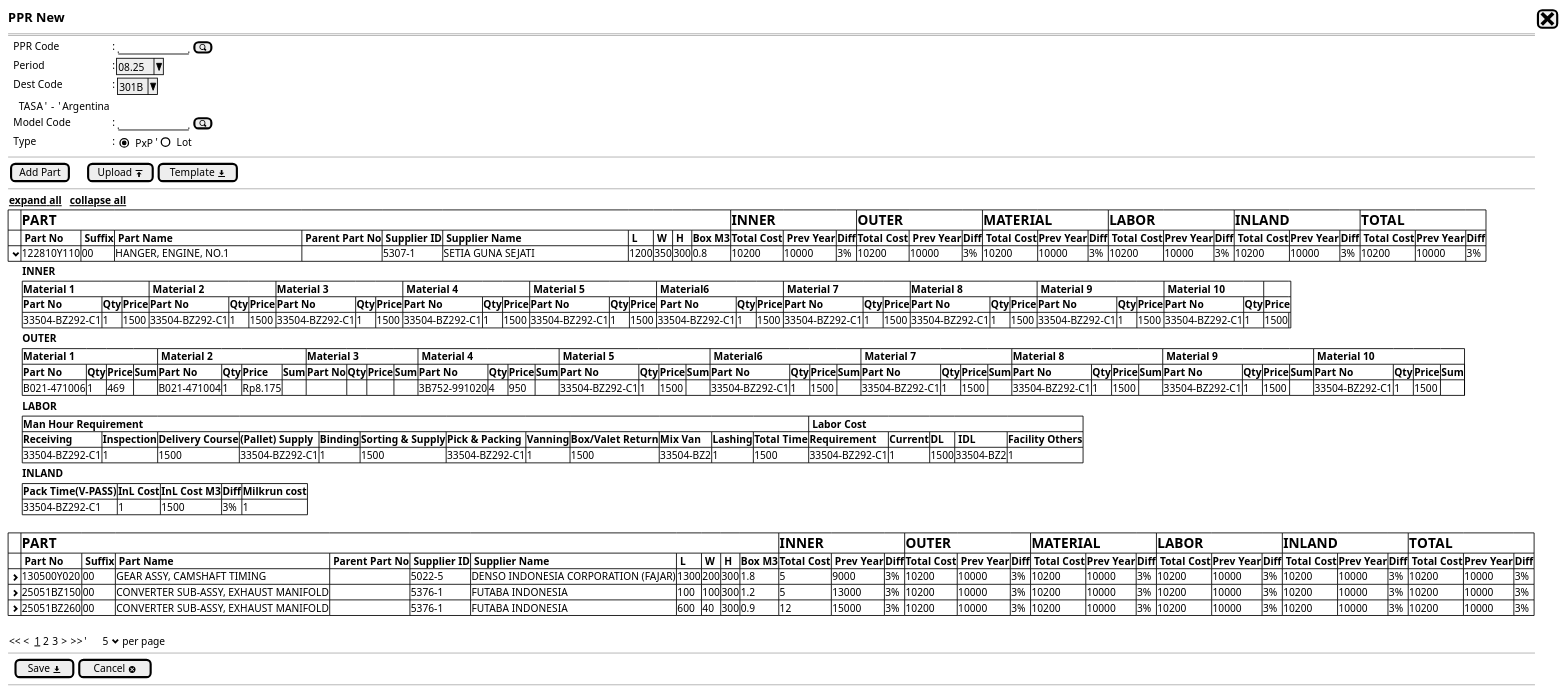
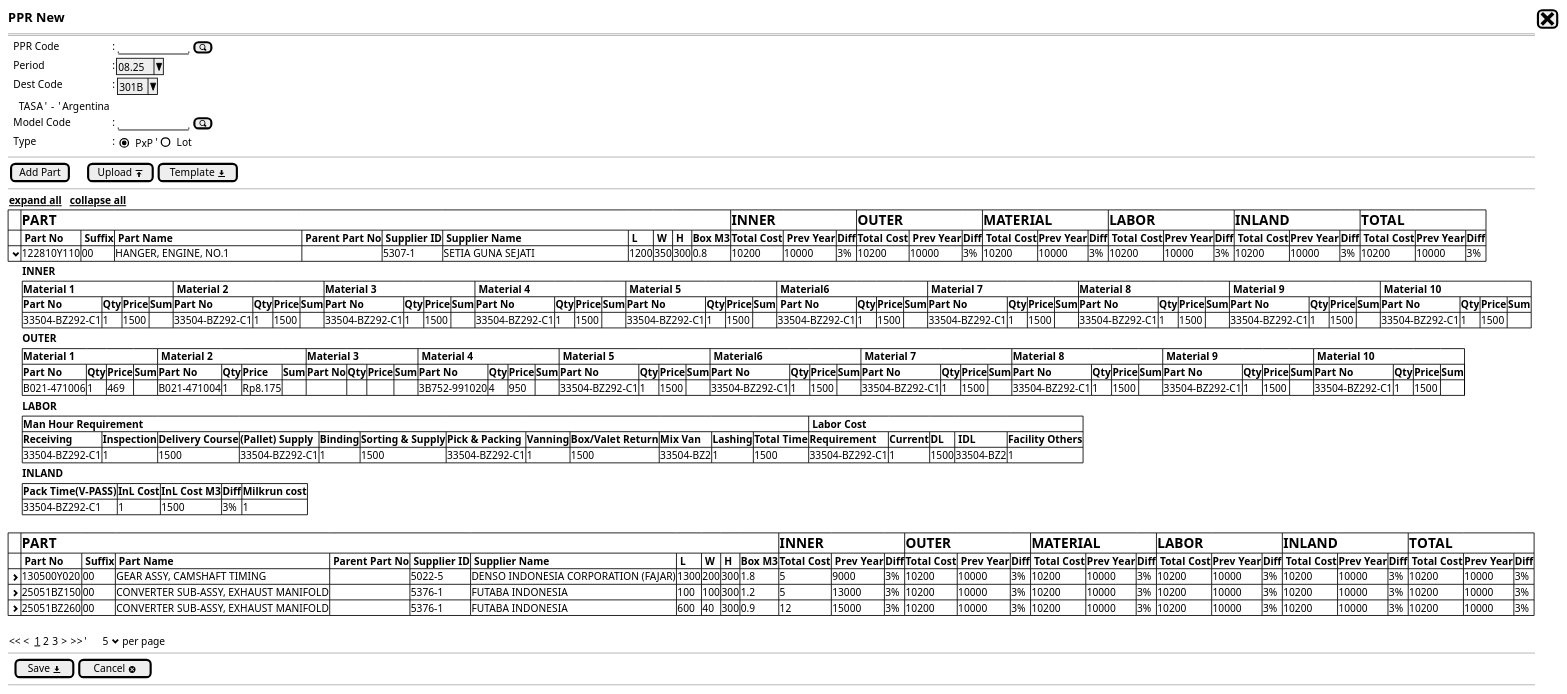
Before and after one commit to ari-fikri/packing-cost-mockup: the diagram in PPR/PPR - newstep1b.puml, drawn with PlantUML. The commit also changed 1 other file, not shown here.

Commit message:
- add alignment - add sum field to outer section

```diff
--- a/PPR/PPR - newstep1b.puml
+++ b/PPR/PPR - newstep1b.puml
@@ -1,77 +1,77 @@
 @startsalt
 {
   <size:15><b>PPR New|[<size:25><&x>]|*
   ==
   {
     .|PPR Code          |: {|"          "|[<&magnifying-glass>]|}*
     .|Period            |: |^08.25^|*    
     .|Dest Code         |: {|^301B^| }*
       .|{
       .| TASA |' -  '| Argentina | *
       }
     .|Model Code        |: {"          "|[<&magnifying-glass>]|}*
     .|Type              |: {|    {(X)PxP}        '|   ()Lot}
   }
   --
   {
     |[Add Part] |.|.|.|[Upload <&data-transfer-upload>]| [Template <&data-transfer-download>]|* 
   }
   --
   { <u><b>expand all   <u><b>collapse all }*
   {#
   |. |=PART|*|*|*|*|*|*|*|*|*|=INNER |*|*|=OUTER | *|*|=MATERIAL|*|*|=LABOR|*|*|=INLAND|*|*|=TOTAL         |*|*|*
   |. |<b> Part No                      |<b> Suffix|<b> Part Name                                  | <b> Parent Part No |<b> Supplier ID |<b> Supplier Name                                    |<b> L |<b> W |<b> H |<b>Box M3|<b>Total Cost|<b> Prev Year|<b>Diff|<b>Total Cost|<b> Prev Year|<b>Diff|<b> Total Cost |<b>Prev Year |<b>Diff|<b> Total Cost |<b>Prev Year |<b>Diff|<b> Total Cost |<b>Prev Year |<b>Diff|<b> Total Cost |<b>Prev Year |<b>Diff|*
   |<b> <&chevron-bottom> |122810Y110   | 00       |HANGER, ENGINE, NO.1                           |            .       |5307-1          | SETIA GUNA SEJATI                                   | 1200 | 350  | 300  | 0.8  | 10200       | 10000       | 3%| 10200       | 10000       | 3%| 10200       | 10000       | 3%| 10200       | 10000       | 3%| 10200       | 10000       | 3%| 10200       | 10000       | 3%|*
   }* 
         {.|.|.|<b>INNER |}*  
         {
           .|.|.|{#
-            |<b>Material 1               |*|*|<b> Material 2                |*|*|<b>Material 3             |*|*|<b> Material 4                  |*|*| <b> Material 5              |*|*|<b> Material6               |*|*|<b> Material 7          |*|*| <b>Material 8          |*|*|<b> Material 9          |*|*|<b> Material 10 |*|*
-            |<b>Part No     |<b>Qty|<b>Price  |<b>Part No|<b>Qty|<b>Price        |<b>Part No|<b>Qty|<b>Price        |<b>Part No|<b>Qty|<b>Price          | <b>Part No|<b>Qty|<b>Price  |<b> <b>Part No|<b>Qty|<b>Price  |<b>Part No|<b>Qty|<b>Price  |<b>Part No|<b>Qty|<b>Price  |<b>Part No|<b>Qty|<b>Price  |<b>Part No|<b>Qty|<b>Price  |*|*
-            |33504-BZ292-C1 |1     | 1500     |33504-BZ292-C1 |1     | 1500      |33504-BZ292-C1 |1     | 1500      |33504-BZ292-C1 |1     | 1500        |33504-BZ292-C1 |1     | 1500 |33504-BZ292-C1 |1     | 1500    |33504-BZ292-C1 |1     | 1500|33504-BZ292-C1 |1     | 1500|33504-BZ292-C1 |1     | 1500 |33504-BZ292-C1 |1     | 1500|*                        
+            |<b>Material 1 |*|*|*                    |<b> Material 2 |*|*|*                      |<b>Material 3 |*|*|*                       |<b> Material 4 |*|*|*                     |<b> Material 5 |*|*|*                     |<b> Material6 |*|*|*                     |<b> Material 7 |*|*|*                     | <b>Material 8 |*|*|*                     |<b> Material 9 |*|*|*                     |<b> Material 10 |*|*|*|*
+            |<b>Part No     |<b>Qty|<b>Price  |<b>Sum|<b>Part No     |<b>Qty|<b>Price     |<b>Sum|<b>Part No     |<b>Qty|<b>Price    |<b>Sum |<b>Part No     |<b>Qty|<b>Price  |<b>Sum  |<b>Part No     |<b>Qty|<b>Price  |<b>Sum  |<b> <b>Part No|<b>Qty|<b>Price  |<b>Sum  |<b>Part No     |<b>Qty|<b>Price  |<b>Sum  |<b>Part No     |<b>Qty|<b>Price  |<b>Sum  |<b>Part No     |<b>Qty|<b>Price  |<b>Sum  |<b>Part No      |<b>Qty|<b>Price  |<b>Sum  |*
+            |33504-BZ292-C1 |1     | 1500     |.     |33504-BZ292-C1 |1     | 1500        |.     |33504-BZ292-C1 |1     | 1500       |.      |33504-BZ292-C1 |1     | 1500     |.       |33504-BZ292-C1 |1     | 1500     |.       |33504-BZ292-C1 |1     | 1500    |.       |33504-BZ292-C1 |1     | 1500     |.       |33504-BZ292-C1 |1      | 1500    |.       |33504-BZ292-C1 |1     | 1500     |.       |33504-BZ292-C1  |1     | 1500     |.       |*                        
            
           }
         }*
         {.|.|.|<b>OUTER |}*  
         {
           .|.|.|{#
             |<b>Material 1 |*|*|*                 |<b> Material 2 |*|*|*                 |<b>Material 3 |*|*|*                |<b> Material 4 |*|*|*                  |<b> Material 5 |*|*|*                    |<b> Material6  |*|*|*                  |<b> Material 7 |*|*|*                   |<b>Material 8 |*|*|*                    |<b> Material 9 |*|*|*                  |<b> Material 10 |*|*|*|*|*
             |<b>Part No  |<b>Qty|<b>Price |<b>Sum|<b>Part No  |<b>Qty|<b>Price   |<b>Sum|<b>Part No|<b>Qty|<b>Price   |<b>Sum|<b>Part No   |<b>Qty|<b>Price   |<b>Sum|<b>Part No     |<b>Qty|<b>Price   |<b>Sum|<b>Part No     |<b>Qty|<b>Price |<b>Sum|<b>Part No     |<b>Qty|<b>Price  |<b>Sum|<b>Part No     |<b>Qty|<b>Price  |<b>Sum|<b>Part No     |<b>Qty|<b>Price  |<b>Sum|<b>Part No     |<b>Qty|<b>Price  |<b>Sum|*
             |B021-471006 |1     | 469     |  .   |B021-471004 |1     |  Rp8.175  |  .   |         .|     .|          .|  .   |3B752-991020 |4     | 950       |  .   |33504-BZ292-C1 |1     | 1500      |  .   |33504-BZ292-C1 |1     | 1500    |  .   |33504-BZ292-C1 |1     | 1500     |  .   |33504-BZ292-C1 |1     | 1500|.          |33504-BZ292-C1 |1     | 1500     |.     |33504-BZ292-C1 |1     | 1500|.|*
           }
         }
         {.|.|.|<b>LABOR |}*  
         {
           .|.|.|{#
             |<b>Man Hour Requirement               |*|*|*|*|*|*|*|*|*|*|*|<b> Labor Cost                |*|*|*|*|*
             |<b>Receiving     |<b>Inspection|<b>Delivery Course  |<b>(Pallet) Supply|<b>Binding|<b>Sorting & Supply        |<b>Pick & Packing|<b>Vanning|<b>Box/Valet Return        |<b>Mix Van|<b>Lashing|<b>Total Time  | <b>Requirement|<b>Current|<b>DL  |<b> <b>IDL|<b>Facility Others|*
             |33504-BZ292-C1   |1            | 1500               |33504-BZ292-C1    |1         | 1500                      |33504-BZ292-C1   |1         | 1500                      |33504-BZ2|1          | 1500          |33504-BZ292-C1 |1         | 1500  |33504-BZ2 |1                 |*
           }
         }
         {.|.|.|<b>INLAND |}*  
         {
           .|.|.|{#
             '|<b>Material 1               |*|*|<b> Material 2                |*|*|<b>Material 3             |*|*|<b> Material 4                  |*|*| <b> Material 5              |*|*|<b> Material6               |*|*|<b> Material 7          |*|*| <b>Material 8          |*|*|<b> Material 9          |*|*|<b> Material 10 |*|*
             |<b>Pack Time(V-PASS)|<b>InL Cost|<b>InL Cost M3  |<b>Diff        |<b>Milkrun cost|*
             |33504-BZ292-C1      |1          | 1500           |3% |1              |*
           }
         }*
   .
   {#
     |. |=PART|*|*|*|*|*|*|*|*|*|=INNER |*|*|=OUTER | *|*|=MATERIAL|*|*|=LABOR|*|*|=INLAND|*|*|=TOTAL         |*|*|*
     |. |<b> Part No |<b> Suffix |<b> Part Name                        | <b> Parent Part No |<b> Supplier ID |<b> Supplier Name                     |<b> L |<b> W |<b> H |<b>Box M3|<b>Total Cost|<b> Prev Year|<b>Diff|<b>Total Cost|<b> Prev Year|<b>Diff|<b> Total Cost |<b>Prev Year |<b>Diff|<b> Total Cost |<b>Prev Year |<b>Diff|<b> Total Cost |<b>Prev Year |<b>Diff|<b> Total Cost |<b>Prev Year |<b>Diff|*
     |<b> <&chevron-right> |130500Y020   | 00       |GEAR ASSY, CAMSHAFT TIMING	         |            .       |5022-5          | DENSO INDONESIA CORPORATION (FAJAR)| 1300 | 200  | 300  | 1.8  | 5           | 9000        | 3%| 10200       | 10000       | 3%| 10200       | 10000       | 3%| 10200       | 10000       | 3%| 10200       | 10000       | 3%| 10200       | 10000       | 3%|*    
     |<b> <&chevron-right> |25051BZ150   | 00       |CONVERTER SUB-ASSY, EXHAUST MANIFOLD |            .       |5376-1          | FUTABA INDONESIA                   | 100  | 100  | 300  | 1.2  | 5           | 13000       | 3%| 10200       | 10000       | 3%| 10200       | 10000       | 3%| 10200       | 10000       | 3%| 10200       | 10000       | 3%| 10200       | 10000       | 3%|*
     |<b> <&chevron-right> |25051BZ260   | 00       |CONVERTER SUB-ASSY, EXHAUST MANIFOLD |            .       |5376-1          | FUTABA INDONESIA                   |  600 | 40   | 300  | 0.9  | 12          | 15000       | 3%| 10200       | 10000       | 3%| 10200       | 10000       | 3%| 10200       | 10000       | 3%| 10200       | 10000       | 3%| 10200       | 10000       | 3%|*
   }
   .
   {
   << <  __1__ 2 3  > >>  |'      5 <&chevron-bottom> per page |*
   }
   --
   {
   .|[ Save <&data-transfer-download>] |  [Cancel <&circle-x> ]|*
   }
   --
 }
 @endsalt
```
